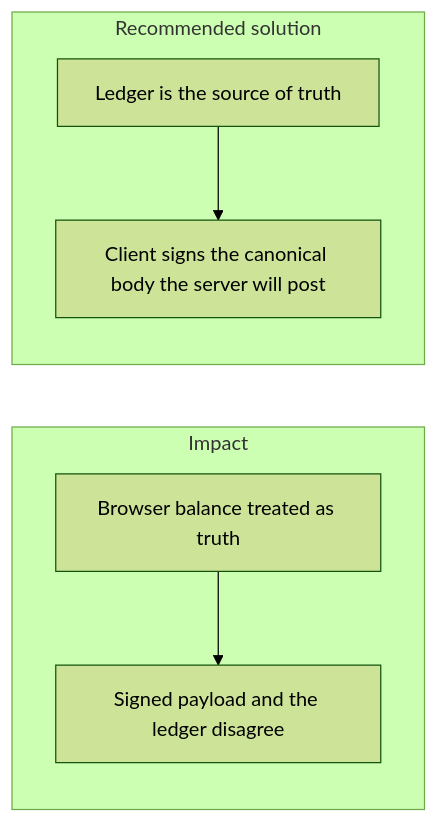
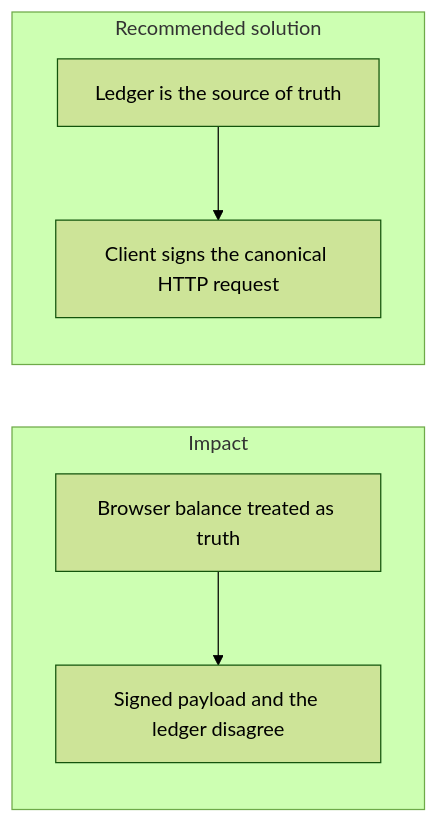
The diagram in docs/Common_Challenges_In_Fintech_Cryptographic/033_client_server_state_synchronization.md (AymanNagyAhmed/backend-fintech-cryptographic-monolith), drawn with Mermaid (forest theme) before and after one commit. The commit also changed other lines of this file and 11 other files, not shown here.

````diff
--- a/docs/Common_Challenges_In_Fintech_Cryptographic/033_client_server_state_synchronization.md
+++ b/docs/Common_Challenges_In_Fintech_Cryptographic/033_client_server_state_synchronization.md
@@ -3,9 +3,9 @@
 ```mermaid
 flowchart LR
   subgraph impactPath [Impact]
     localState[Browser balance treated as truth] --> drift[Signed payload and the ledger disagree]
   end
   subgraph solutionPath [Recommended solution]
-    serverLedger[Ledger is the source of truth] --> canonical[Client signs the canonical body the server will post]
+    serverLedger[Ledger is the source of truth] --> canonical[Client signs the canonical HTTP request]
   end
 ```
````
